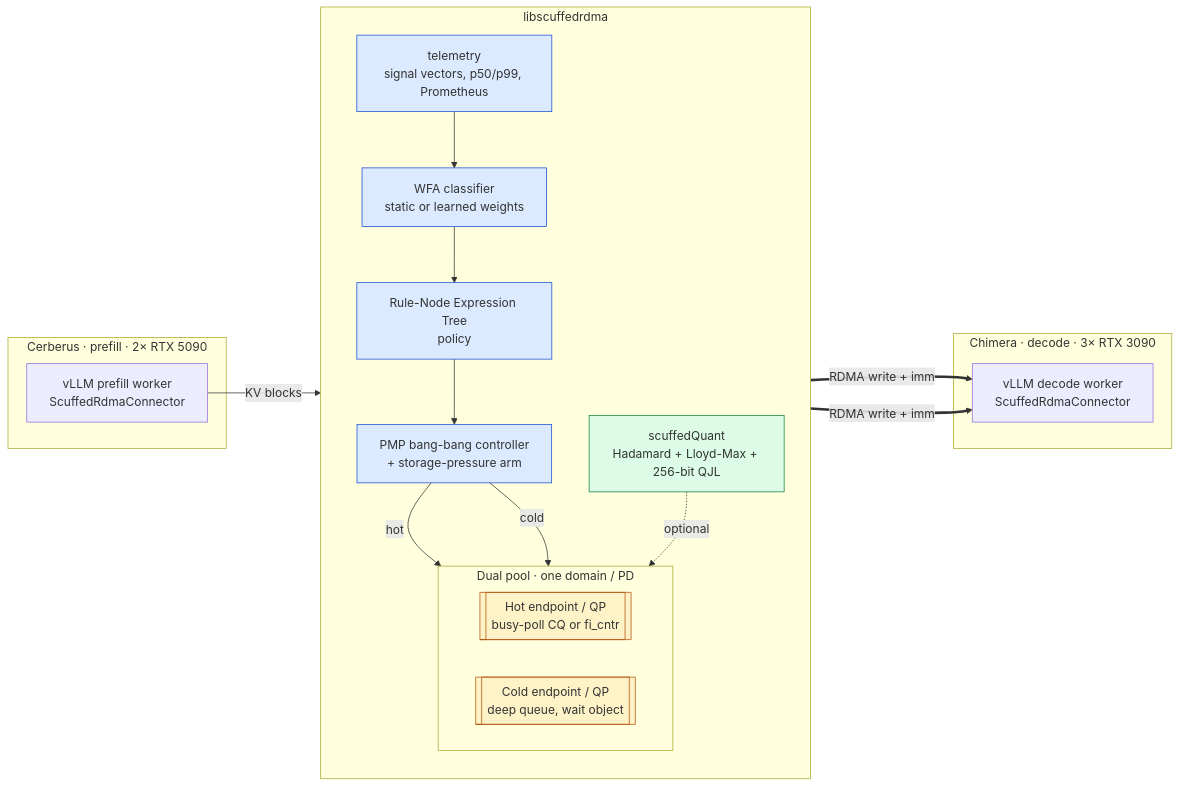
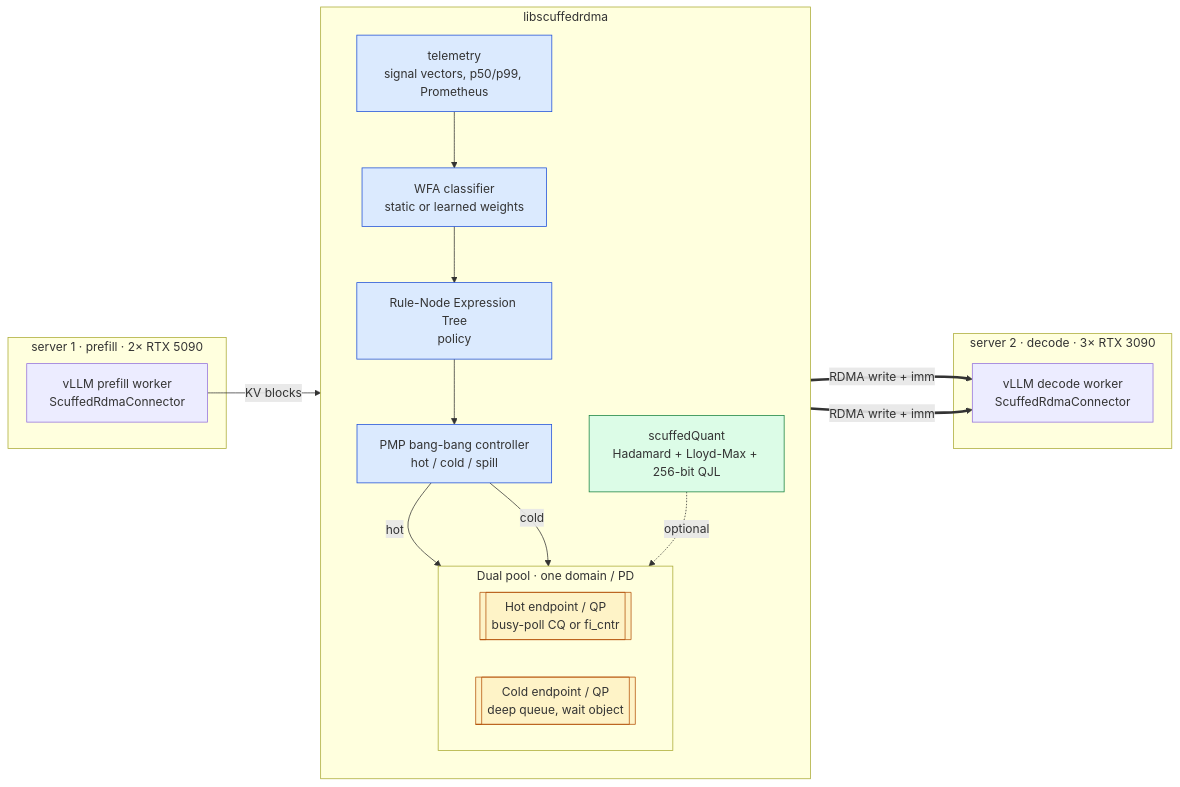
The diagram in README.md (ndg8743/ScuffedRDMA), drawn with Mermaid before and after one commit. The commit also changed other lines of this file and 69 other files, not shown here.

````diff
--- a/README.md
+++ b/README.md
@@ -205,36 +237,36 @@
 ```mermaid
 flowchart LR
-    subgraph Cerberus["Cerberus · prefill · 2× RTX 5090"]
+    subgraph S1["server 1 · prefill · 2× RTX 5090"]
         PF[vLLM prefill worker<br/>ScuffedRdmaConnector]
     end
     subgraph Mid["libscuffedrdma"]
         direction TB
         TEL[telemetry<br/>signal vectors, p50/p99, Prometheus]
         WFA[WFA classifier<br/>static or learned weights]
         POL[Rule-Node Expression Tree<br/>policy]
-        PMP[PMP bang-bang controller<br/>+ storage-pressure arm]
+        PMP[PMP bang-bang controller<br/>hot / cold / spill]
         QNT[scuffedQuant<br/>Hadamard + Lloyd-Max + 256-bit QJL]
         subgraph Pool["Dual pool · one domain / PD"]
             direction LR
             HOT[["Hot endpoint / QP<br/>busy-poll CQ or fi_cntr"]]
             COLD[["Cold endpoint / QP<br/>deep queue, wait object"]]
         end
         TEL --> WFA --> POL --> PMP
         PMP -->|hot| HOT
         PMP -->|cold| COLD
         QNT -.->|optional| COLD
     end
-    subgraph Chimera["Chimera · decode · 3× RTX 3090"]
+    subgraph S2["server 2 · decode · 3× RTX 3090"]
         DC[vLLM decode worker<br/>ScuffedRdmaConnector]
     end
     PF -->|KV blocks| TEL
     HOT ==>|RDMA write + imm| DC
     COLD ==>|RDMA write + imm| DC
 
     classDef pool fill:#fef3c7,stroke:#b45309,stroke-width:1px
     classDef ctrl fill:#dbeafe,stroke:#1d4ed8,stroke-width:1px
     classDef quant fill:#dcfce7,stroke:#15803d,stroke-width:1px
     class HOT,COLD pool
     class TEL,WFA,POL,PMP ctrl
     class QNT quant
 ```
````
